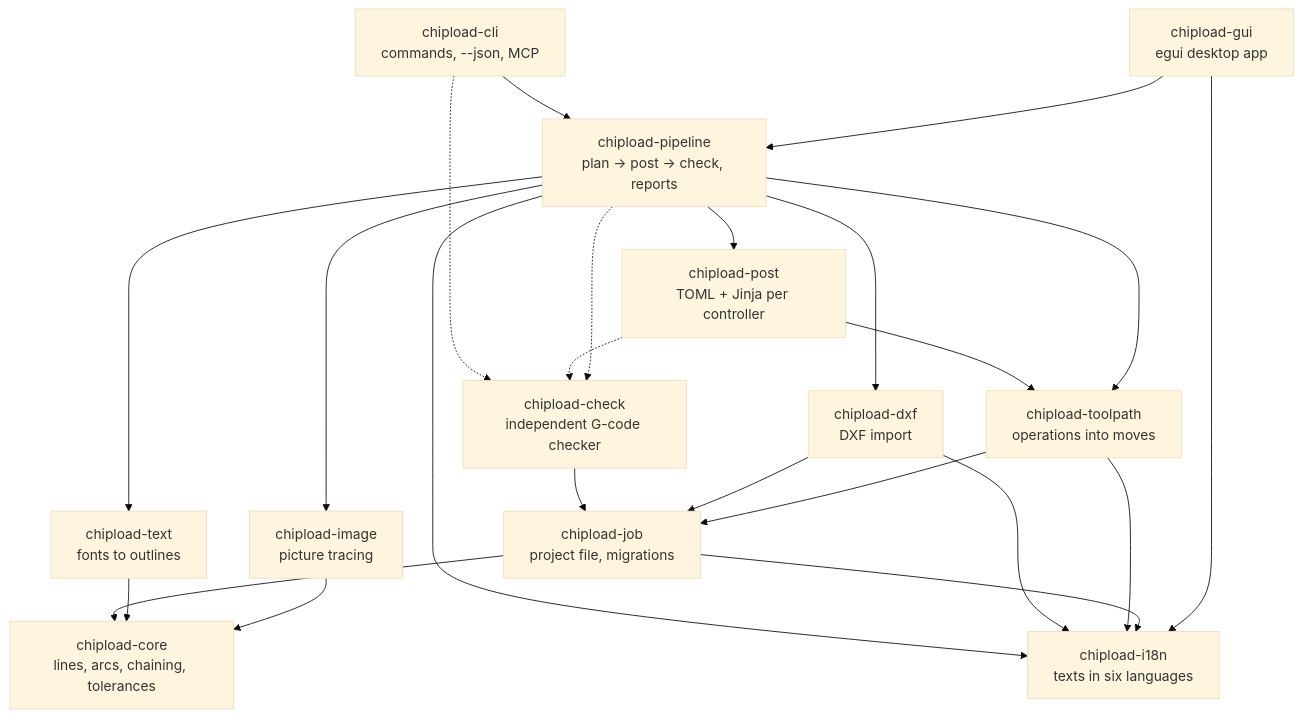
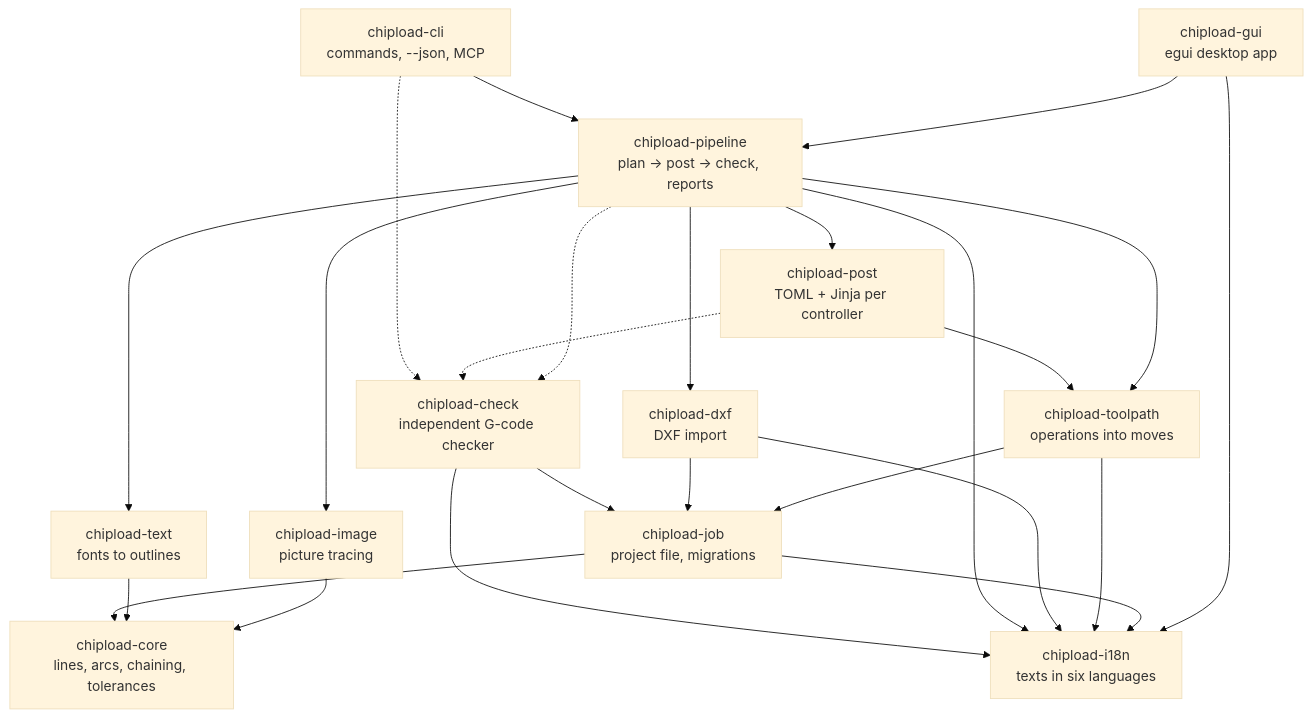
One commit to chipload/chipload changed the diagram in docs/architecture.md. Above: the diagram before and after it, drawn with Mermaid (base theme). The commit also changed other lines of this file and 22 other files, not shown here.

````diff
--- a/docs/architecture.md
+++ b/docs/architecture.md
@@ -15,25 +15,26 @@
 ```mermaid
 flowchart TB
     gui["chipload-gui<br/>egui desktop app"] --> pipeline
     cli["chipload-cli<br/>commands, --json, MCP"] --> pipeline
     pipeline["chipload-pipeline<br/>plan → post → check, reports"] --> post
     pipeline --> toolpath & dxf & image & text
     post["chipload-post<br/>TOML + Jinja per controller"] --> toolpath
     toolpath["chipload-toolpath<br/>operations into moves"] --> job
     dxf["chipload-dxf<br/>DXF import"] --> job
     image["chipload-image<br/>picture tracing"] --> core
     text["chipload-text<br/>fonts to outlines"] --> core
     job["chipload-job<br/>project file, migrations"] --> core
     core["chipload-core<br/>lines, arcs, chaining, tolerances"]
     i18n["chipload-i18n<br/>texts in six languages"]
     gui --> i18n
     job --> i18n
     toolpath --> i18n
     dxf --> i18n
     pipeline --> i18n
 
     check["chipload-check<br/>independent G-code checker"] --> job
+    check --> i18n
     pipeline -.-> check
     post -.-> check
     cli -.-> check
 ```
````
